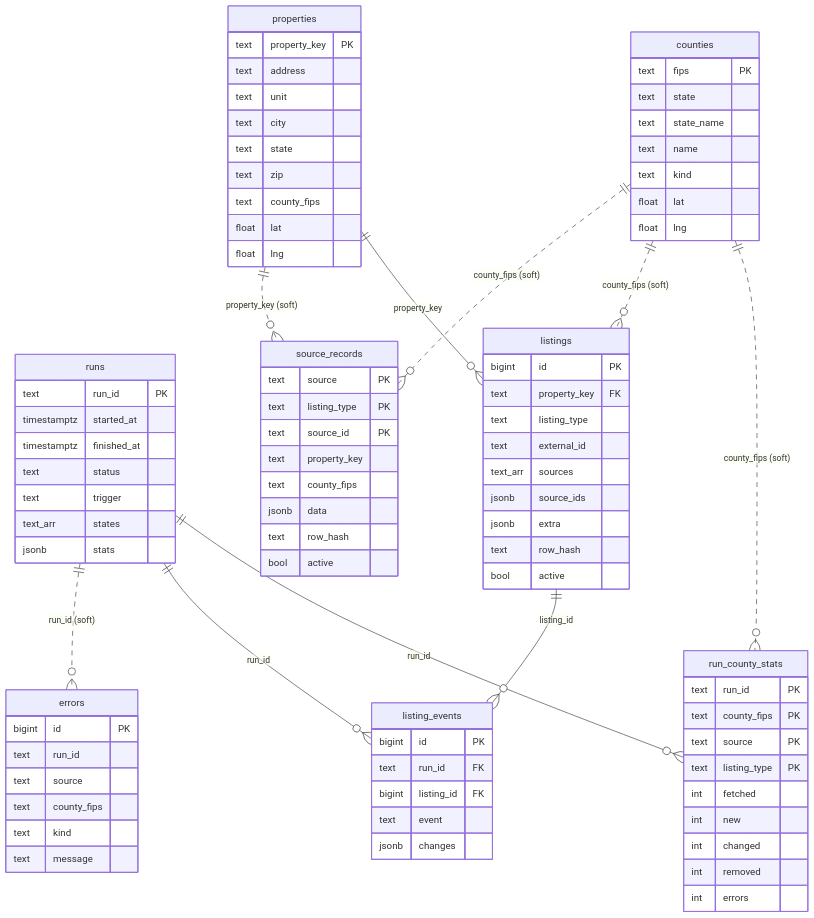
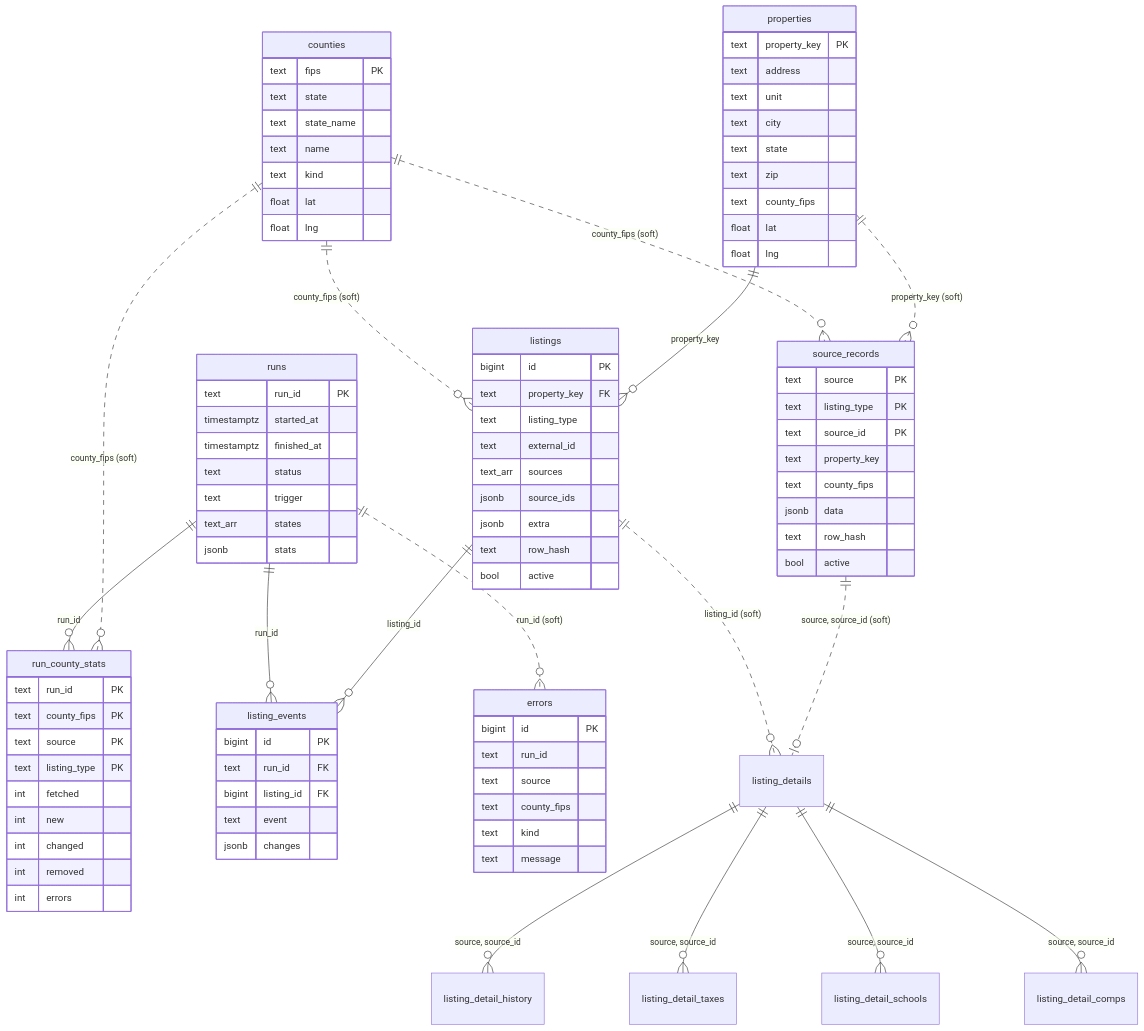
One commit to romailafzal/listingarena-data changed the diagram in docs/schema.md. Above: the diagram before and after it, drawn with Mermaid. The commit also changed other lines of this file and 11 other files, not shown here.

Commit message:
Phase 2 per-home detail fetcher: listing_details + child tables, Realtor home / Redfin home details, low concurrency

````diff
--- a/docs/schema.md
+++ b/docs/schema.md
@@ -13,21 +13,27 @@
 ```mermaid
 erDiagram
     runs ||--o{ run_county_stats : "run_id"
     runs ||--o{ listing_events : "run_id"
     runs ||..o{ errors : "run_id (soft)"
     counties ||..o{ run_county_stats : "county_fips (soft)"
     counties ||..o{ listings : "county_fips (soft)"
     counties ||..o{ source_records : "county_fips (soft)"
     properties ||--o{ listings : "property_key"
     properties ||..o{ source_records : "property_key (soft)"
     listings ||--o{ listing_events : "listing_id"
+    listings ||..o{ listing_details : "listing_id (soft)"
+    source_records ||..o| listing_details : "source, source_id (soft)"
+    listing_details ||--o{ listing_detail_history : "source, source_id"
+    listing_details ||--o{ listing_detail_taxes : "source, source_id"
+    listing_details ||--o{ listing_detail_schools : "source, source_id"
+    listing_details ||--o{ listing_detail_comps : "source, source_id"
 
     runs { text run_id PK  timestamptz started_at  timestamptz finished_at  text status  text trigger  text_arr states  jsonb stats }
     counties { text fips PK  text state  text state_name  text name  text kind  float lat  float lng }
     properties { text property_key PK  text address  text unit  text city  text state  text zip  text county_fips  float lat  float lng }
     source_records { text source PK  text listing_type PK  text source_id PK  text property_key  text county_fips  jsonb data  text row_hash  bool active }
     listings { bigint id PK  text property_key FK  text listing_type  text external_id  text_arr sources  jsonb source_ids  jsonb extra  text row_hash  bool active }
     listing_events { bigint id PK  text run_id FK  bigint listing_id FK  text event  jsonb changes }
     run_county_stats { text run_id PK  text county_fips PK  text source PK  text listing_type PK  int fetched  int new  int changed  int removed  int errors }
     errors { bigint id PK  text run_id  text source  text county_fips  text kind  text message }
 ```
````
